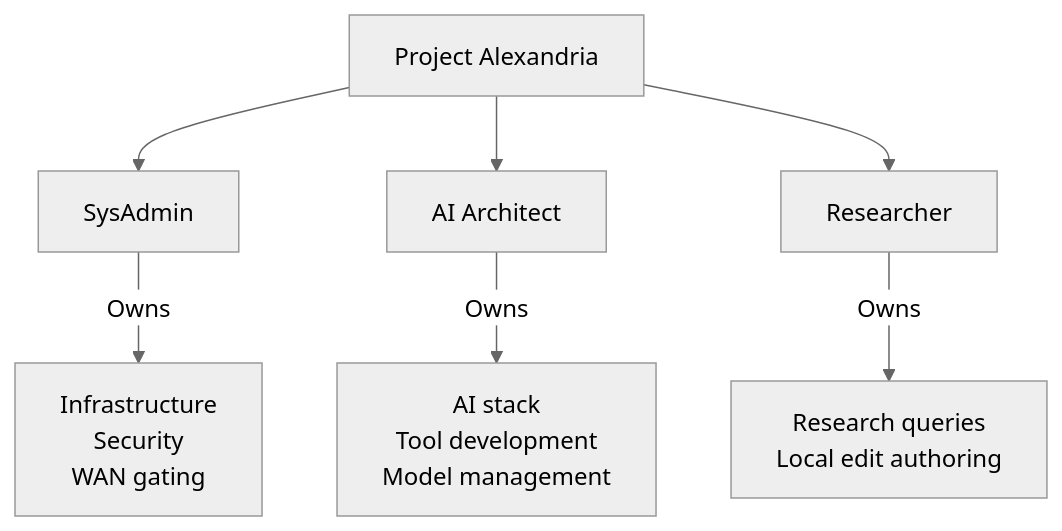
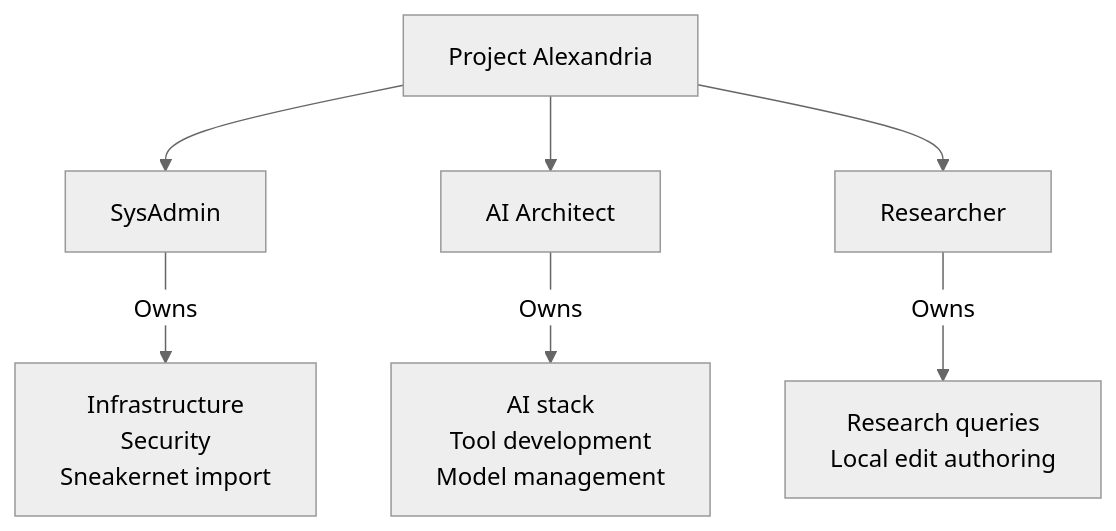
The first of 2 diagrams in docs/personas.md (DXCSithlordPadawan/alexandria), drawn with Mermaid (neutral theme) before and after one commit. The commit also changed other lines of this file and 20 other files, not shown here.

````diff
--- a/docs/personas.md
+++ b/docs/personas.md
@@ -8,9 +8,9 @@
 ```mermaid
 graph TD
     A[Project Alexandria] --> B[SysAdmin]
     A --> C[AI Architect]
     A --> D[Researcher]
-    B -->|Owns| E[Infrastructure\nSecurity\nWAN gating]
-    C -->|Owns| F[AI stack\nTool development\nModel management]
-    D -->|Owns| G[Research queries\nLocal edit authoring]
+    B -->|Owns| E["Infrastructure<br/>Security<br/>Sneakernet import"]
+    C -->|Owns| F["AI stack<br/>Tool development<br/>Model management"]
+    D -->|Owns| G["Research queries<br/>Local edit authoring"]
 ```
````
